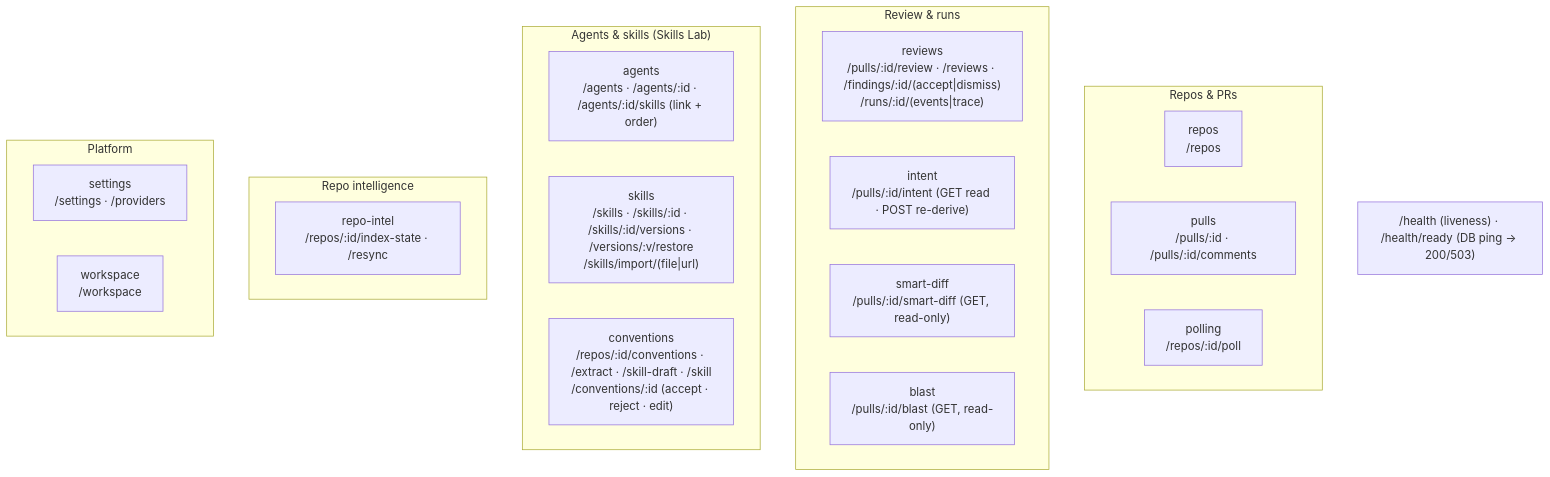
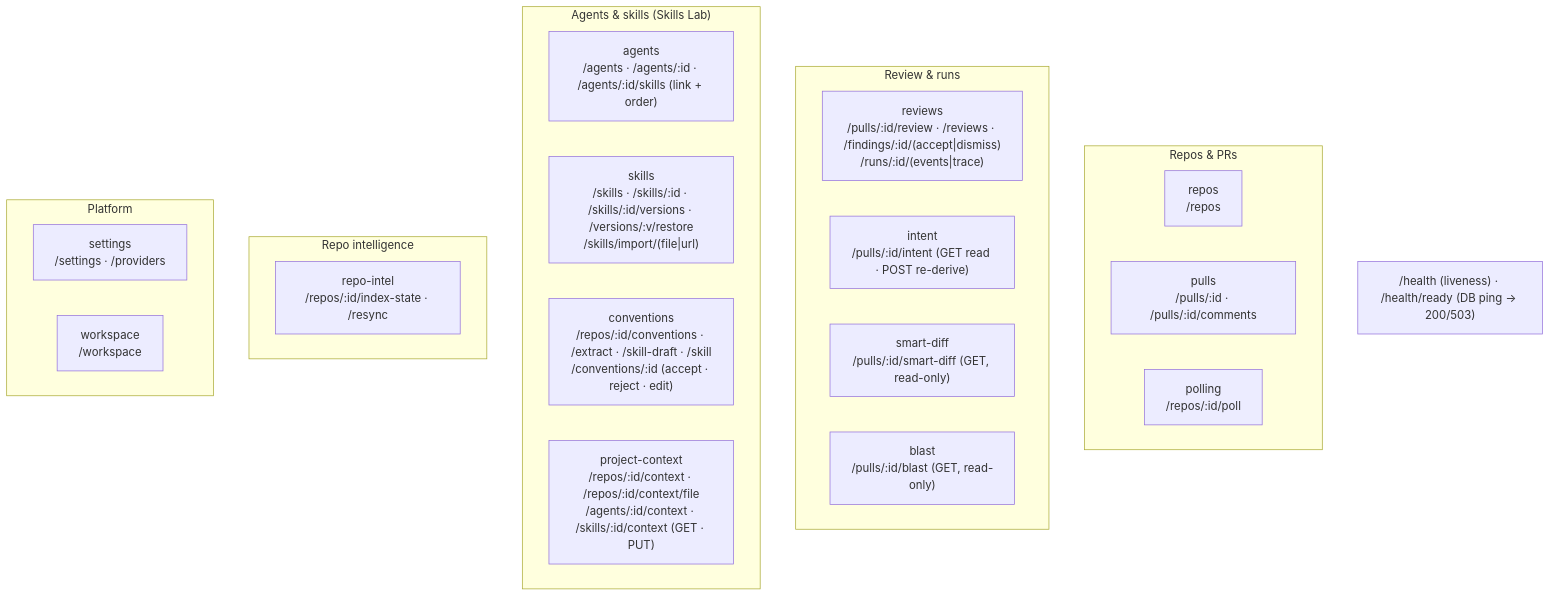
The second of 2 diagrams in server/README.md (yrazub/dev-digest), drawn with Mermaid before and after one commit. The commit also changed other lines of this file and 19 other files, not shown here.

Commit message:
docs: document Project Context across the packages

````diff
--- a/server/README.md
+++ b/server/README.md
@@ -68,27 +69,28 @@
 ```mermaid
 flowchart TB
   subgraph Repos_PRs["Repos & PRs"]
     repos["repos<br/>/repos"]
     pulls["pulls<br/>/pulls/:id · /pulls/:id/comments"]
     polling["polling<br/>/repos/:id/poll"]
   end
   subgraph Review["Review & runs"]
     reviews["reviews<br/>/pulls/:id/review · /reviews · /findings/:id/(accept|dismiss)<br/>/runs/:id/(events|trace)"]
     intent["intent<br/>/pulls/:id/intent (GET read · POST re-derive)"]
     smartDiff["smart-diff<br/>/pulls/:id/smart-diff (GET, read-only)"]
     blast["blast<br/>/pulls/:id/blast (GET, read-only)"]
   end
   subgraph Agents["Agents & skills (Skills Lab)"]
     agents["agents<br/>/agents · /agents/:id · /agents/:id/skills (link + order)"]
     skills["skills<br/>/skills · /skills/:id · /skills/:id/versions · /versions/:v/restore<br/>/skills/import/(file|url)"]
     conventions["conventions<br/>/repos/:id/conventions · /extract · /skill-draft · /skill<br/>/conventions/:id (accept · reject · edit)"]
+    projectContext["project-context<br/>/repos/:id/context · /repos/:id/context/file<br/>/agents/:id/context · /skills/:id/context (GET · PUT)"]
   end
   subgraph Intel["Repo intelligence"]
     repoIntel["repo-intel<br/>/repos/:id/index-state · /resync"]
   end
   subgraph Platform["Platform"]
     settings["settings<br/>/settings · /providers"]
     workspace["workspace<br/>/workspace"]
   end
   HEALTH["/health (liveness) · /health/ready (DB ping → 200/503)"]
 ```
````
